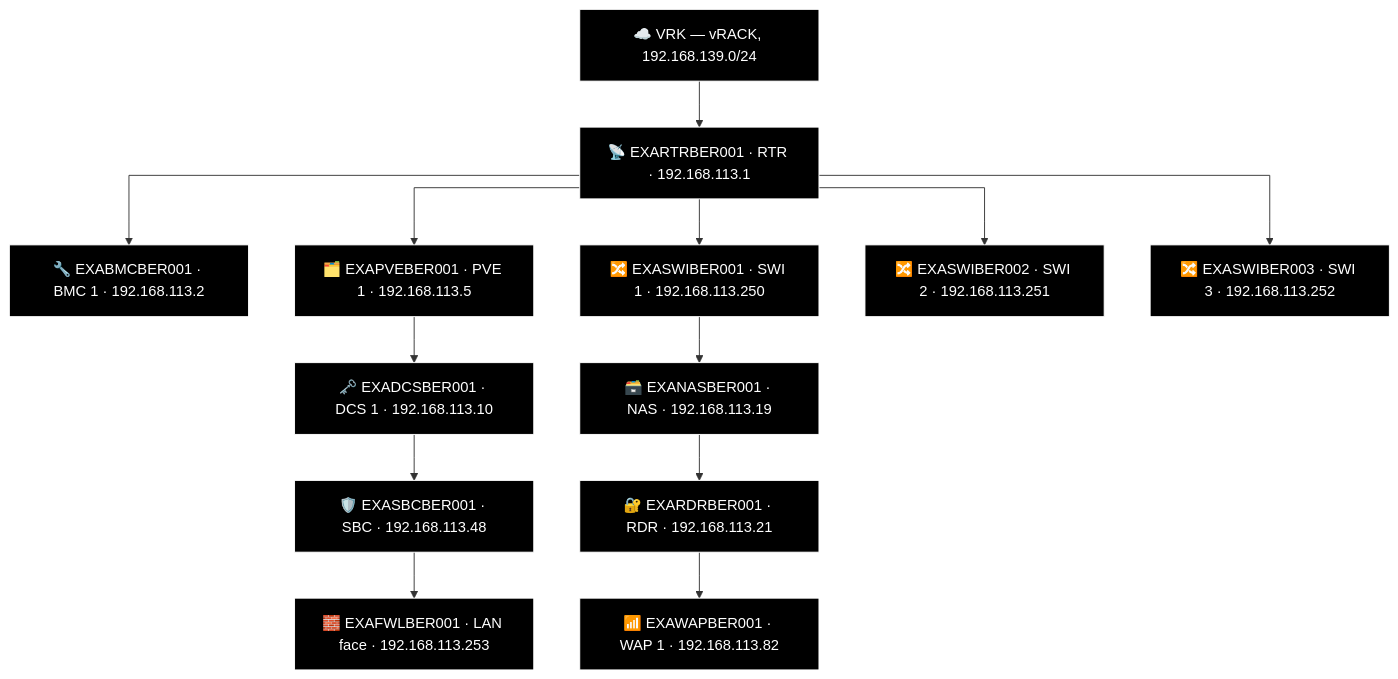
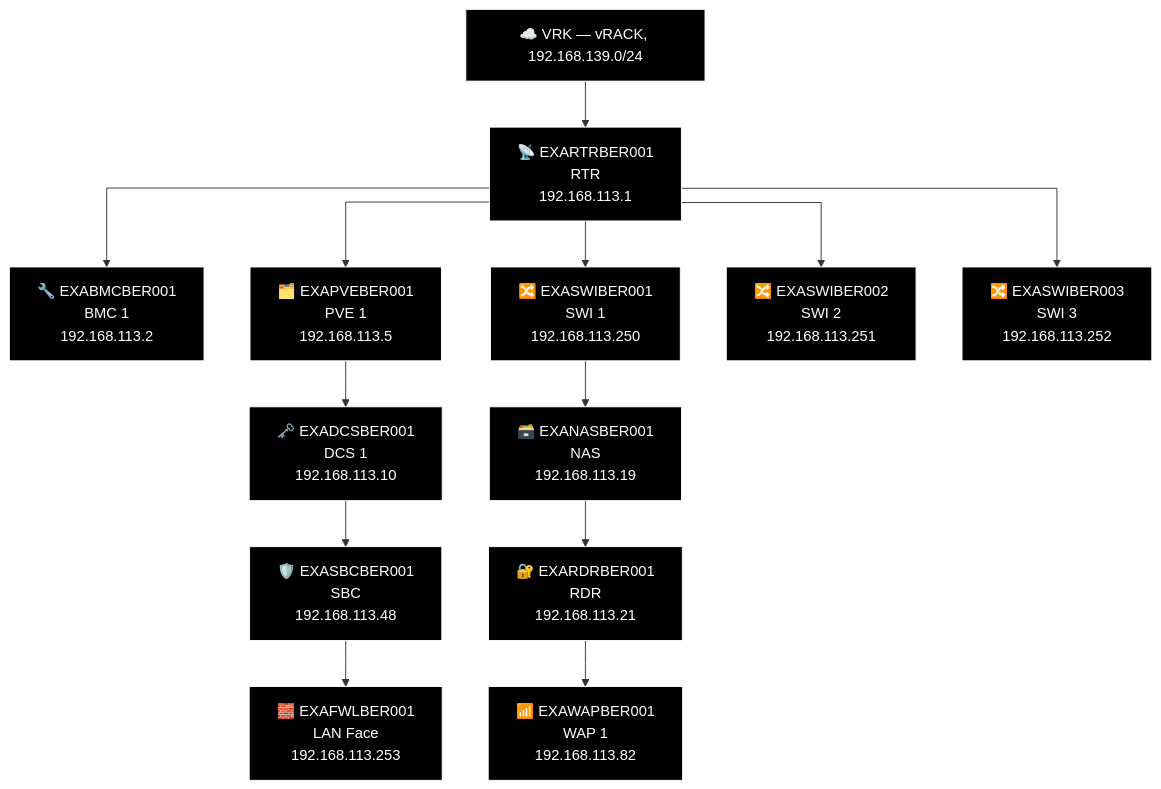
One commit to knightmare2600/example_music_infra changed the fourth of 10 diagrams in docs/network-diagram/deutschland.md. Above: the diagram before and after it, drawn with Mermaid. The commit also changed other lines of this file and 18 other files, not shown here.

````diff
--- a/docs/network-diagram/deutschland.md
+++ b/docs/network-diagram/deutschland.md
@@ -141,40 +141,40 @@
 ```mermaid
 %% GENERATED:TOPOLOGY:BER:START
 %%{init: {'flowchart': {'curve': 'stepAfter'}}}%%
 graph TD
     T_VRK["☁️ VRK — vRACK, 192.168.139.0/24"]
-    T_RTR["📡 EXARTRBER001 · RTR · 192.168.113.1"]
+    T_RTR["📡 EXARTRBER001<br/>RTR<br/>192.168.113.1"]
     T_VRK --> T_RTR
-    T_BMC["🔧 EXABMCBER001 · BMC 1 · 192.168.113.2"]
+    T_BMC["🔧 EXABMCBER001<br/>BMC 1<br/>192.168.113.2"]
     T_RTR --> T_BMC
-    T_PVE["🗂️ EXAPVEBER001 · PVE 1 · 192.168.113.5"]
+    T_PVE["🗂️ EXAPVEBER001<br/>PVE 1<br/>192.168.113.5"]
     T_RTR --> T_PVE
-    T_SWI["🔀 EXASWIBER001 · SWI 1 · 192.168.113.250"]
+    T_SWI["🔀 EXASWIBER001<br/>SWI 1<br/>192.168.113.250"]
     T_RTR --> T_SWI
-    T_SWI2["🔀 EXASWIBER002 · SWI 2 · 192.168.113.251"]
+    T_SWI2["🔀 EXASWIBER002<br/>SWI 2<br/>192.168.113.251"]
     T_RTR --> T_SWI2
-    T_SWI3["🔀 EXASWIBER003 · SWI 3 · 192.168.113.252"]
+    T_SWI3["🔀 EXASWIBER003<br/>SWI 3<br/>192.168.113.252"]
     T_RTR --> T_SWI3
-    T_NAS["🗃️ EXANASBER001 · NAS · 192.168.113.19"]
-    T_RDR["🔐 EXARDRBER001 · RDR · 192.168.113.21"]
-    T_WAP["📶 EXAWAPBER001 · WAP 1 · 192.168.113.82"]
+    T_NAS["🗃️ EXANASBER001<br/>NAS<br/>192.168.113.19"]
+    T_RDR["🔐 EXARDRBER001<br/>RDR<br/>192.168.113.21"]
+    T_WAP["📶 EXAWAPBER001<br/>WAP 1<br/>192.168.113.82"]
     T_SWI --> T_NAS --> T_RDR --> T_WAP
-    T_DCS["🗝️ EXADCSBER001 · DCS 1 · 192.168.113.10"]
-    T_SBC["🛡️ EXASBCBER001 · SBC · 192.168.113.48"]
-    T_FWL["🧱 EXAFWLBER001 · LAN face · 192.168.113.253"]
+    T_DCS["🗝️ EXADCSBER001<br/>DCS 1<br/>192.168.113.10"]
+    T_SBC["🛡️ EXASBCBER001<br/>SBC<br/>192.168.113.48"]
+    T_FWL["🧱 EXAFWLBER001<br/>LAN Face<br/>192.168.113.253"]
     T_PVE --> T_DCS --> T_SBC --> T_FWL
     style T_VRK fill:#000000,stroke:#FFFFFF,color:#FFFFFF
     style T_RTR fill:#000000,stroke:#FFFFFF,color:#FFFFFF
     style T_BMC fill:#000000,stroke:#FFFFFF,color:#FFFFFF
     style T_PVE fill:#000000,stroke:#FFFFFF,color:#FFFFFF
     style T_SWI fill:#000000,stroke:#FFFFFF,color:#FFFFFF
     style T_SWI2 fill:#000000,stroke:#FFFFFF,color:#FFFFFF
     style T_SWI3 fill:#000000,stroke:#FFFFFF,color:#FFFFFF
     style T_NAS fill:#000000,stroke:#FFFFFF,color:#FFFFFF
     style T_RDR fill:#000000,stroke:#FFFFFF,color:#FFFFFF
     style T_WAP fill:#000000,stroke:#FFFFFF,color:#FFFFFF
     style T_DCS fill:#000000,stroke:#FFFFFF,color:#FFFFFF
     style T_SBC fill:#000000,stroke:#FFFFFF,color:#FFFFFF
     style T_FWL fill:#000000,stroke:#FFFFFF,color:#FFFFFF
 %% GENERATED:TOPOLOGY:BER:END
 ```
````
